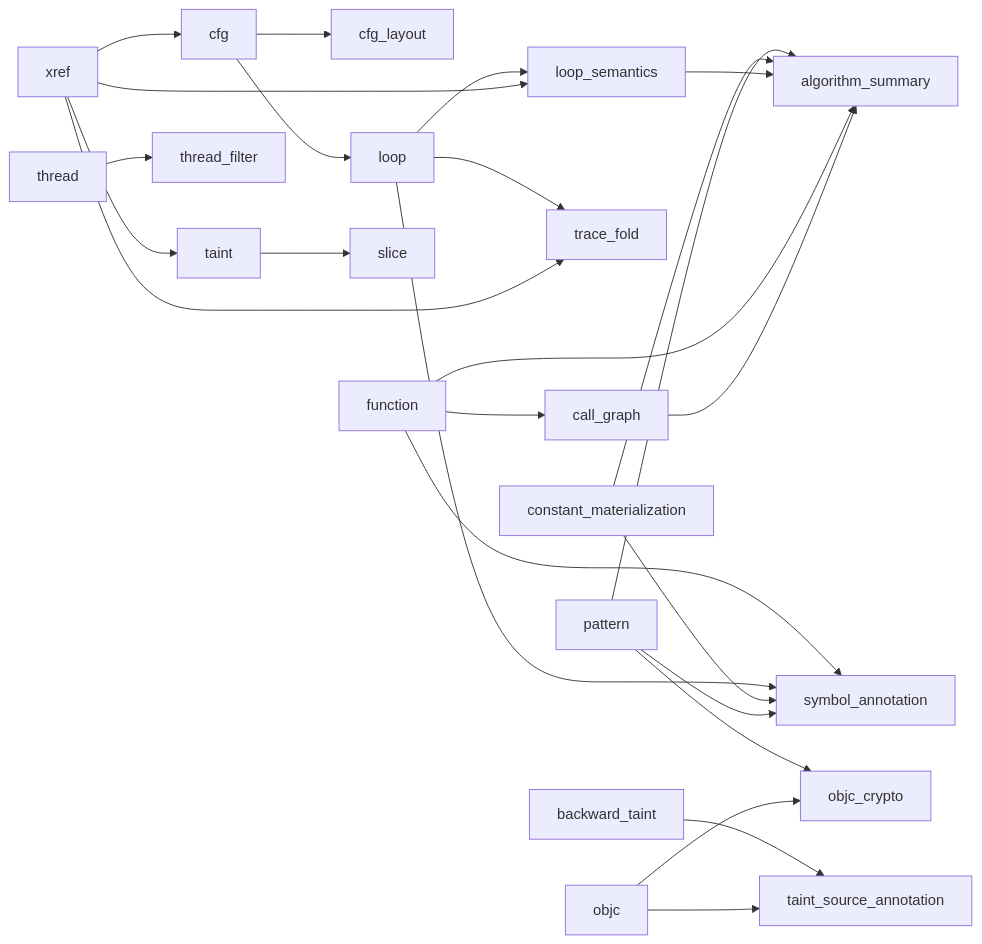
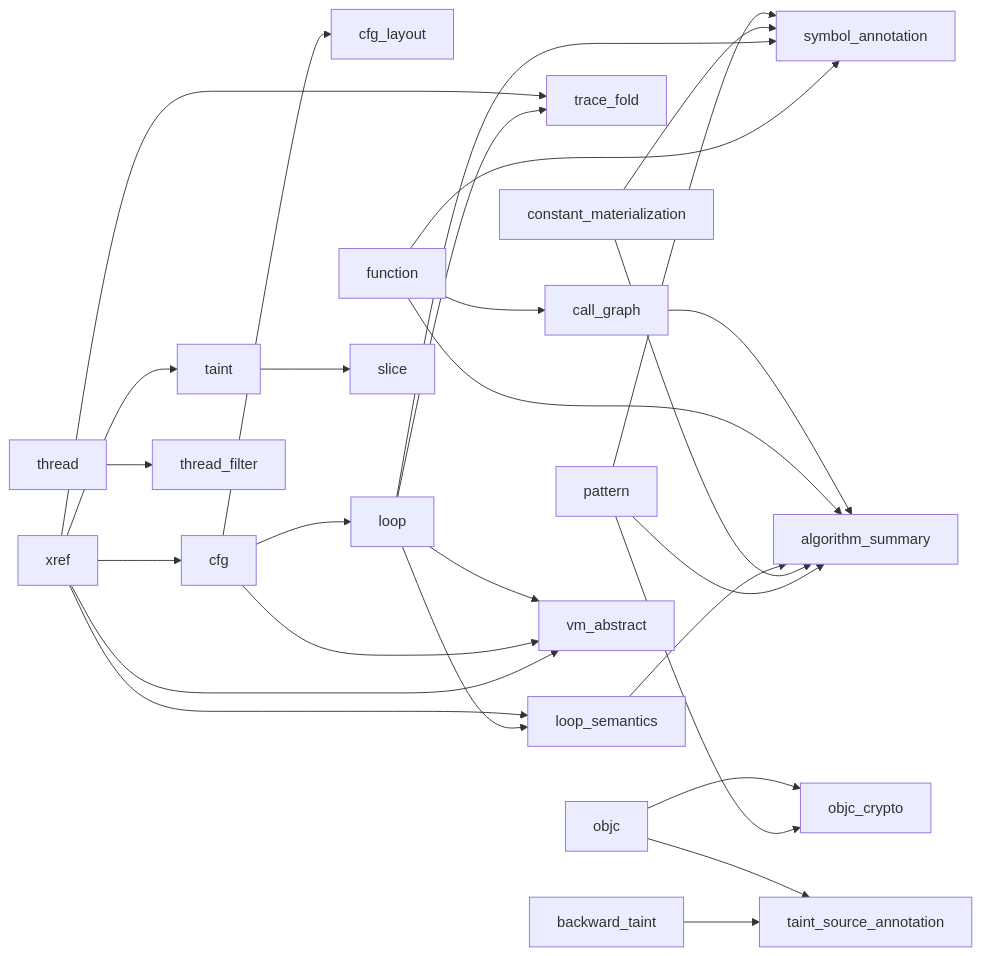
One commit to fuckreverse/retrace changed the second of 2 diagrams in slowmo/docs/analysis-layer.md. Above: the diagram before and after it, drawn with Mermaid. The commit also changed other lines of this file and 35 other files, not shown here.

````diff
--- a/slowmo/docs/analysis-layer.md
+++ b/slowmo/docs/analysis-layer.md
@@ -169,27 +176,30 @@
 ```mermaid
 flowchart LR
     xref --> cfg
     cfg --> cfg_layout
     cfg --> loop
     function --> call_graph
     xref --> taint
     taint --> slice
     loop --> trace_fold
     xref --> trace_fold
     loop --> loop_semantics
     xref --> loop_semantics
     function --> symbol_annotation
     loop --> symbol_annotation
     constant_materialization --> symbol_annotation
     pattern --> symbol_annotation
     backward_taint --> taint_source_annotation
     objc --> taint_source_annotation
     pattern --> objc_crypto
     objc --> objc_crypto
     thread --> thread_filter
     pattern --> algorithm_summary
     constant_materialization --> algorithm_summary
     loop_semantics --> algorithm_summary
     function --> algorithm_summary
     call_graph --> algorithm_summary
+    xref --> vm_abstract
+    cfg --> vm_abstract
+    loop --> vm_abstract
 ```
````
